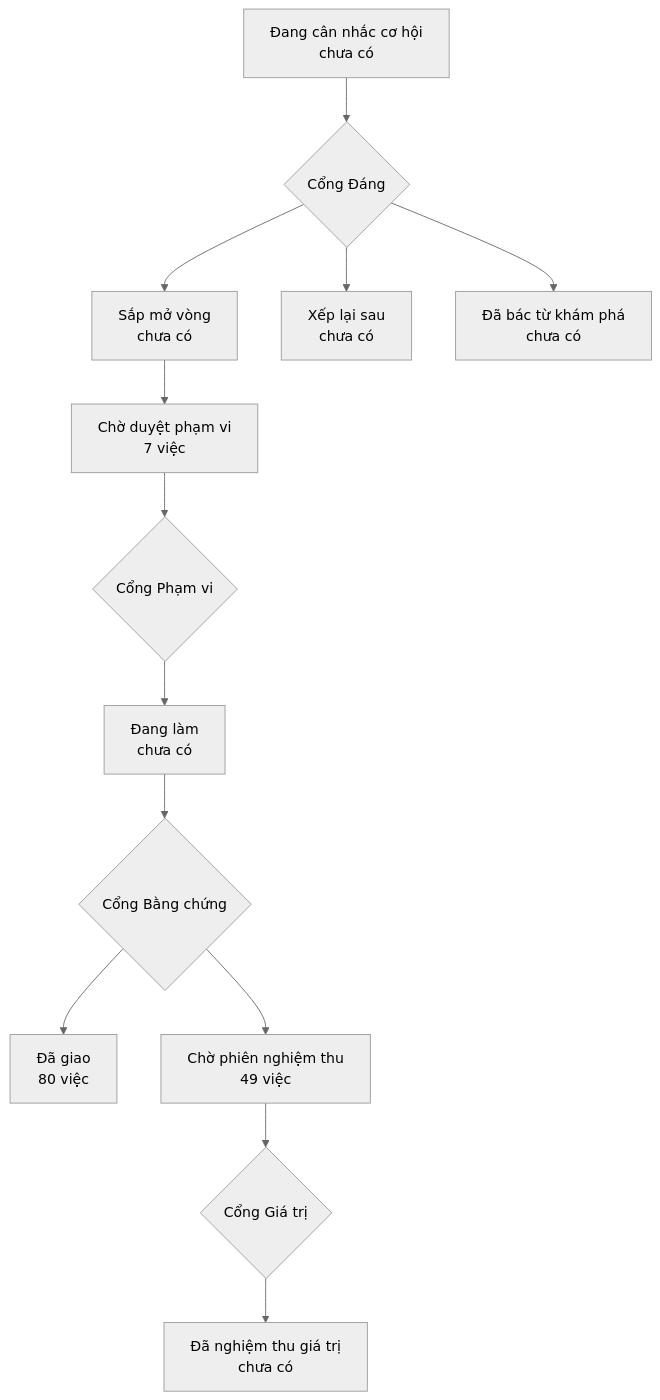
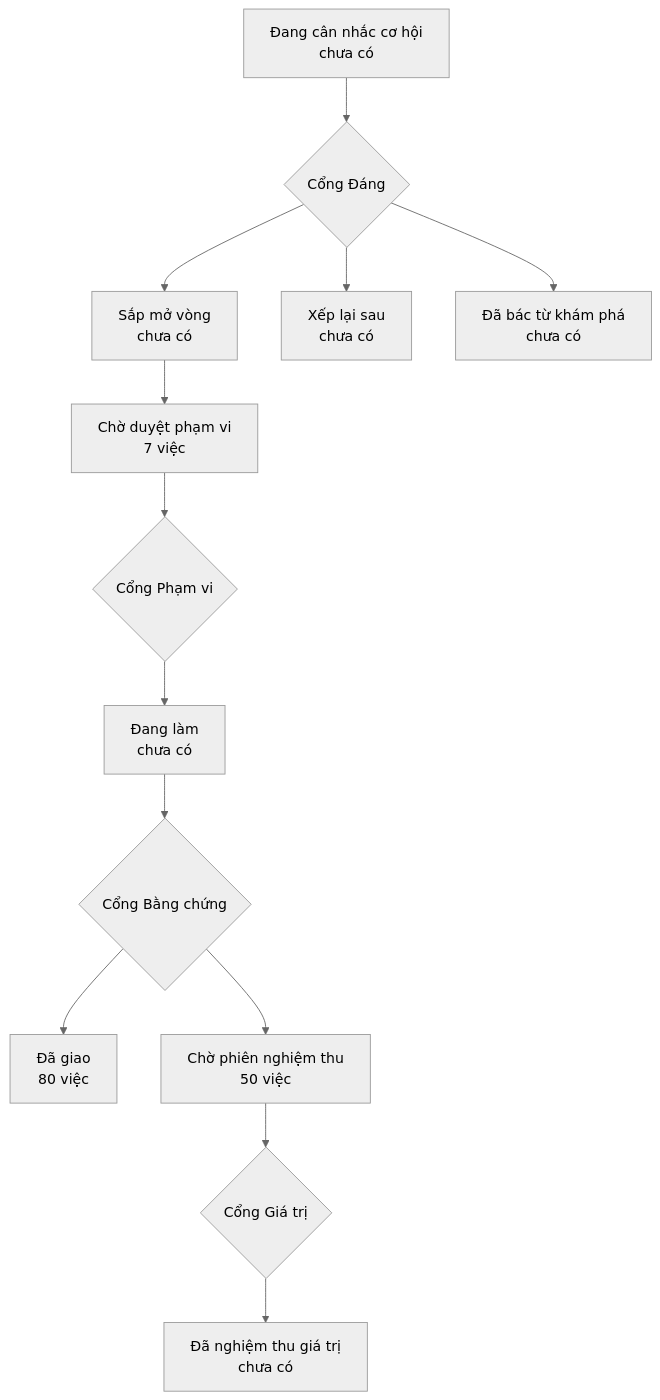
One commit to phanlemanh/onehub-invest changed the diagram in PRODUCT-MAP.md. Above: the diagram before and after it, drawn with Mermaid (neutral theme). The commit also changed other lines of this file and 46 other files, not shown here.

````diff
--- a/PRODUCT-MAP.md
+++ b/PRODUCT-MAP.md
@@ -7,12 +7,12 @@
 ```mermaid
 flowchart TD
   A["Đang cân nhắc cơ hội<br/>chưa có"] --> GD{"Cổng Đáng"}
   GD --> B["Sắp mở vòng<br/>chưa có"]
   GD --> XL["Xếp lại sau<br/>chưa có"]
   GD --> DB["Đã bác từ khám phá<br/>chưa có"]
   B --> CD["Chờ duyệt phạm vi<br/>7 việc"] --> GP{"Cổng Phạm vi"}
   GP --> DL["Đang làm<br/>chưa có"] --> GB{"Cổng Bằng chứng"}
   GB --> DG["Đã giao<br/>80 việc"]
-  GB --> CN["Chờ phiên nghiệm thu<br/>49 việc"] --> GG{"Cổng Giá trị"}
+  GB --> CN["Chờ phiên nghiệm thu<br/>50 việc"] --> GG{"Cổng Giá trị"}
   GG --> NT["Đã nghiệm thu giá trị<br/>chưa có"]
 ```
````
